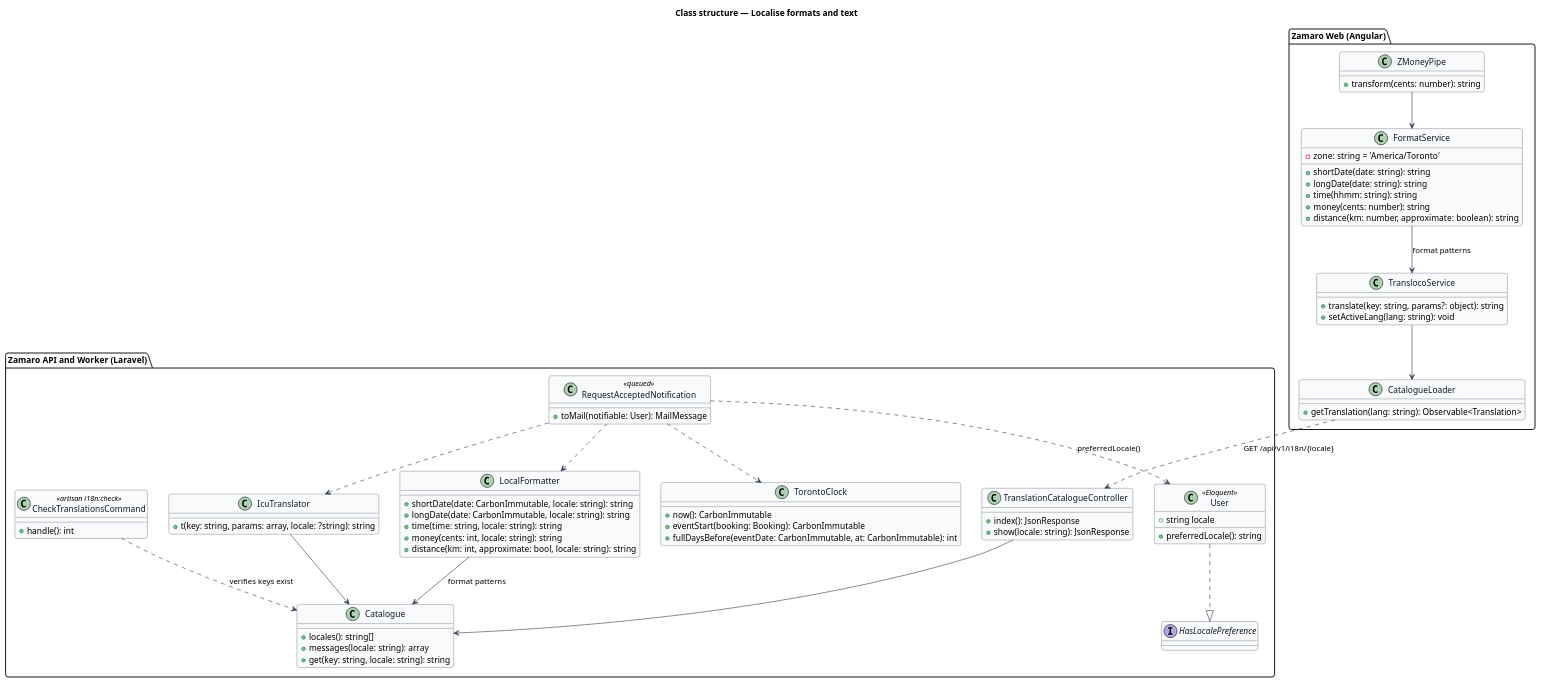
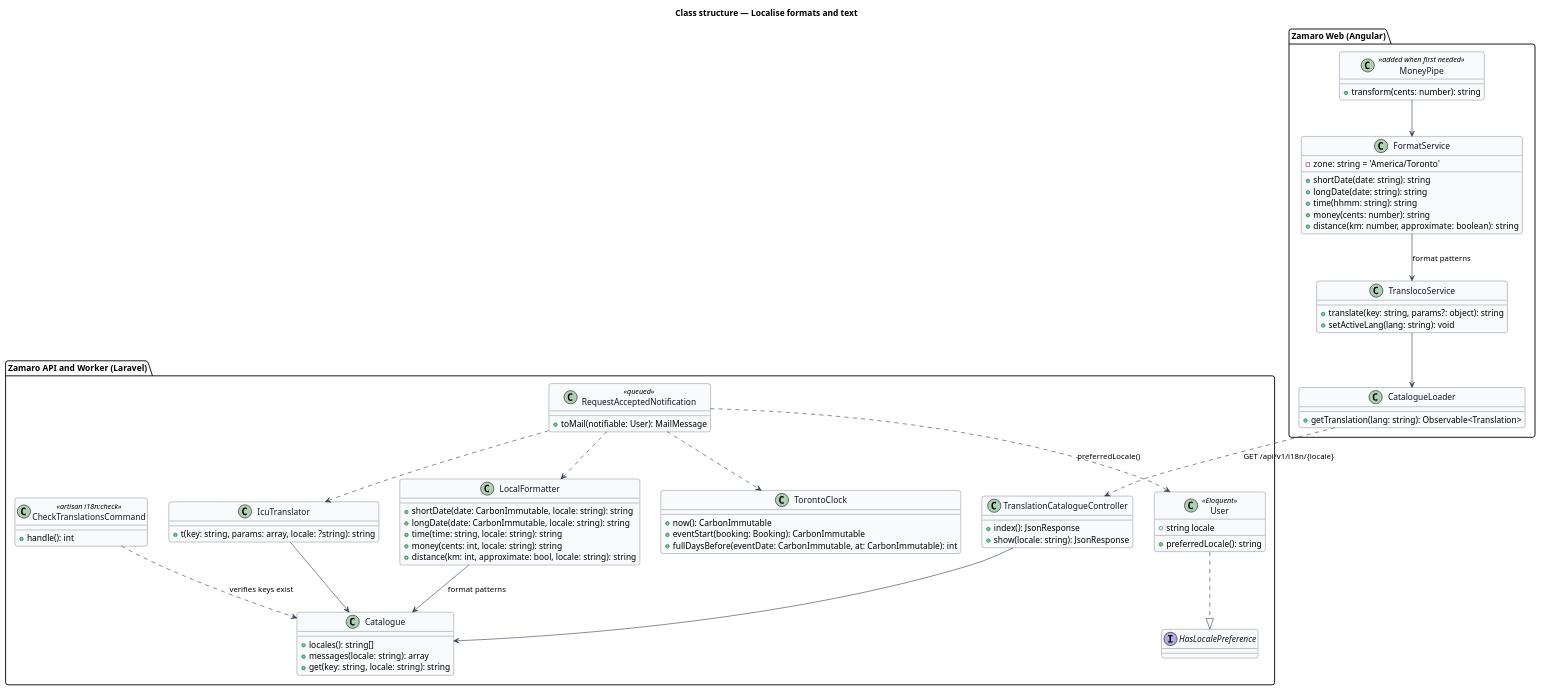
The diagram in docs/detailed-designs/user-experience/localise-formats-and-text/diagrams/class-structure.puml (QuinntyneBrown/zamaro), drawn with PlantUML before and after one commit. The commit also changed 71 other files, not shown here.

```diff
--- a/docs/detailed-designs/user-experience/localise-formats-and-text/diagrams/class-structure.puml
+++ b/docs/detailed-designs/user-experience/localise-formats-and-text/diagrams/class-structure.puml
@@ -1,88 +1,88 @@
 @startuml
 ' --- shared skin header ---
 skinparam backgroundColor #FFFFFF
 skinparam shadowing false
 skinparam roundcorner 8
 skinparam defaultFontName Arial
 skinparam ArrowColor #344054
 skinparam class {
   BorderColor #344054
   FontColor #101828
   BackgroundColor #F9FAFB
 }
 ' --------------------------
 title Class structure — Localise formats and text
 
 package "Zamaro Web (Angular)" {
   class CatalogueLoader {
     +getTranslation(lang: string): Observable<Translation>
   }
   class FormatService {
     -zone: string = 'America/Toronto'
     +shortDate(date: string): string
     +longDate(date: string): string
     +time(hhmm: string): string
     +money(cents: number): string
     +distance(km: number, approximate: boolean): string
   }
-  class ZMoneyPipe {
+  class MoneyPipe <<added when first needed>> {
     +transform(cents: number): string
   }
   class TranslocoService {
     +translate(key: string, params?: object): string
     +setActiveLang(lang: string): void
   }
 }
 
 package "Zamaro API and Worker (Laravel)" {
   class TranslationCatalogueController {
     +index(): JsonResponse
     +show(locale: string): JsonResponse
   }
   class Catalogue {
     +locales(): string[]
     +messages(locale: string): array
     +get(key: string, locale: string): string
   }
   class IcuTranslator {
     +t(key: string, params: array, locale: ?string): string
   }
   class LocalFormatter {
     +shortDate(date: CarbonImmutable, locale: string): string
     +longDate(date: CarbonImmutable, locale: string): string
     +time(time: string, locale: string): string
     +money(cents: int, locale: string): string
     +distance(km: int, approximate: bool, locale: string): string
   }
   class TorontoClock {
     +now(): CarbonImmutable
     +eventStart(booking: Booking): CarbonImmutable
     +fullDaysBefore(eventDate: CarbonImmutable, at: CarbonImmutable): int
   }
   class User <<Eloquent>> {
     +string locale
     +preferredLocale(): string
   }
   interface HasLocalePreference
   class RequestAcceptedNotification <<queued>> {
     +toMail(notifiable: User): MailMessage
   }
   class CheckTranslationsCommand <<artisan i18n:check>> {
     +handle(): int
   }
 }
 
-ZMoneyPipe --> FormatService
+MoneyPipe --> FormatService
 FormatService --> TranslocoService : format patterns
 TranslocoService --> CatalogueLoader
 CatalogueLoader ..> TranslationCatalogueController : GET /api/v1/i18n/{locale}
 TranslationCatalogueController --> Catalogue
 IcuTranslator --> Catalogue
 LocalFormatter --> Catalogue : format patterns
 User ..|> HasLocalePreference
 RequestAcceptedNotification ..> IcuTranslator
 RequestAcceptedNotification ..> LocalFormatter
 RequestAcceptedNotification ..> TorontoClock
 RequestAcceptedNotification ..> User : preferredLocale()
 CheckTranslationsCommand ..> Catalogue : verifies keys exist
 @enduml
```
